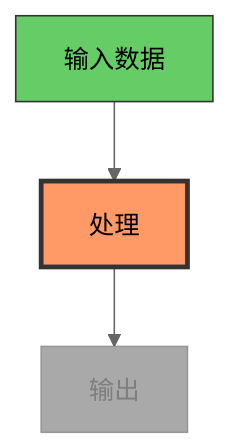
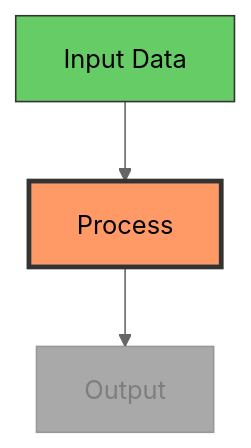
Before and after one commit to Wanfeng1028/muse: the diagram in drama-factory/src/main/resources/skills-bundled/openmontage-diagram-gen-usage/SKILL.md, drawn with Mermaid (neutral theme). The commit also changed other lines of this file and 623 other files, not shown here.

````diff
--- a/drama-factory/src/main/resources/skills-bundled/openmontage-diagram-gen-usage/SKILL.md
+++ b/drama-factory/src/main/resources/skills-bundled/openmontage-diagram-gen-usage/SKILL.md
@@ -79,8 +80,8 @@
 ```mermaid
 graph TD
-    A[输入数据]:::completed --> B[处理]:::highlight
-    B --> C[输出]:::dimmed
+    A[Input Data]:::completed --> B[Process]:::highlight
+    B --> C[Output]:::dimmed
     classDef highlight fill:#f96,stroke:#333,stroke-width:3px
     classDef completed fill:#6c6,stroke:#333,stroke-width:1px
     classDef dimmed fill:#555,stroke:#333,opacity:0.5
 ```
````
